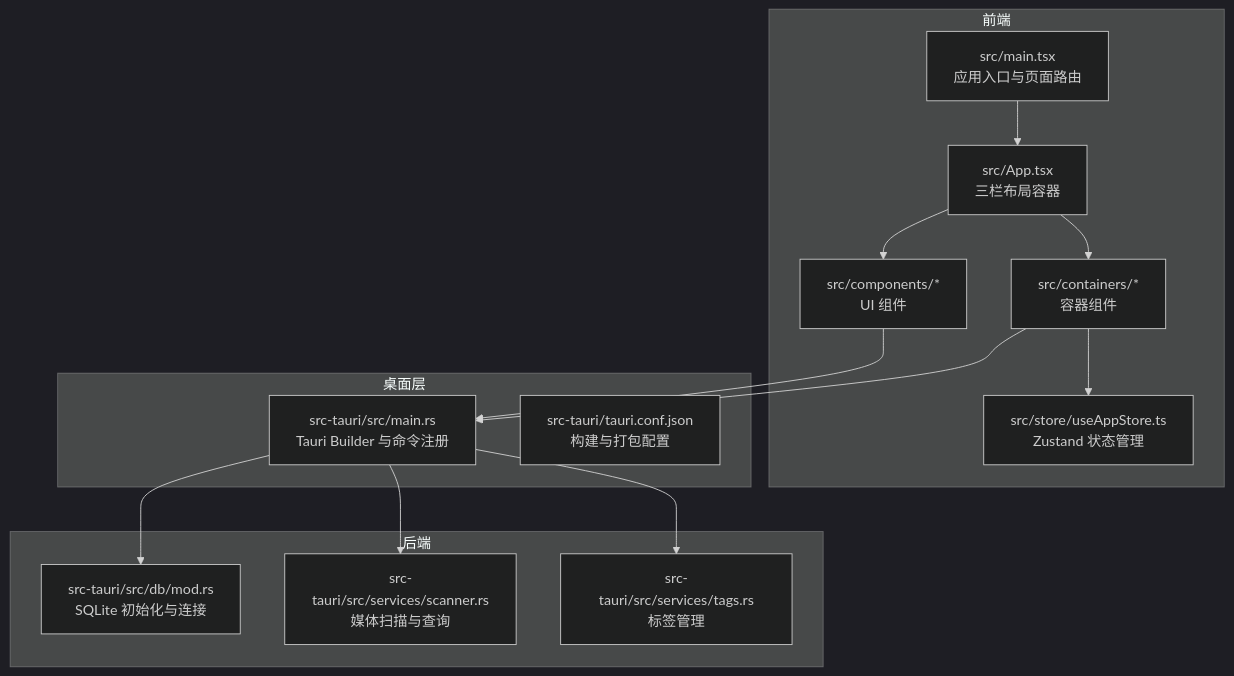
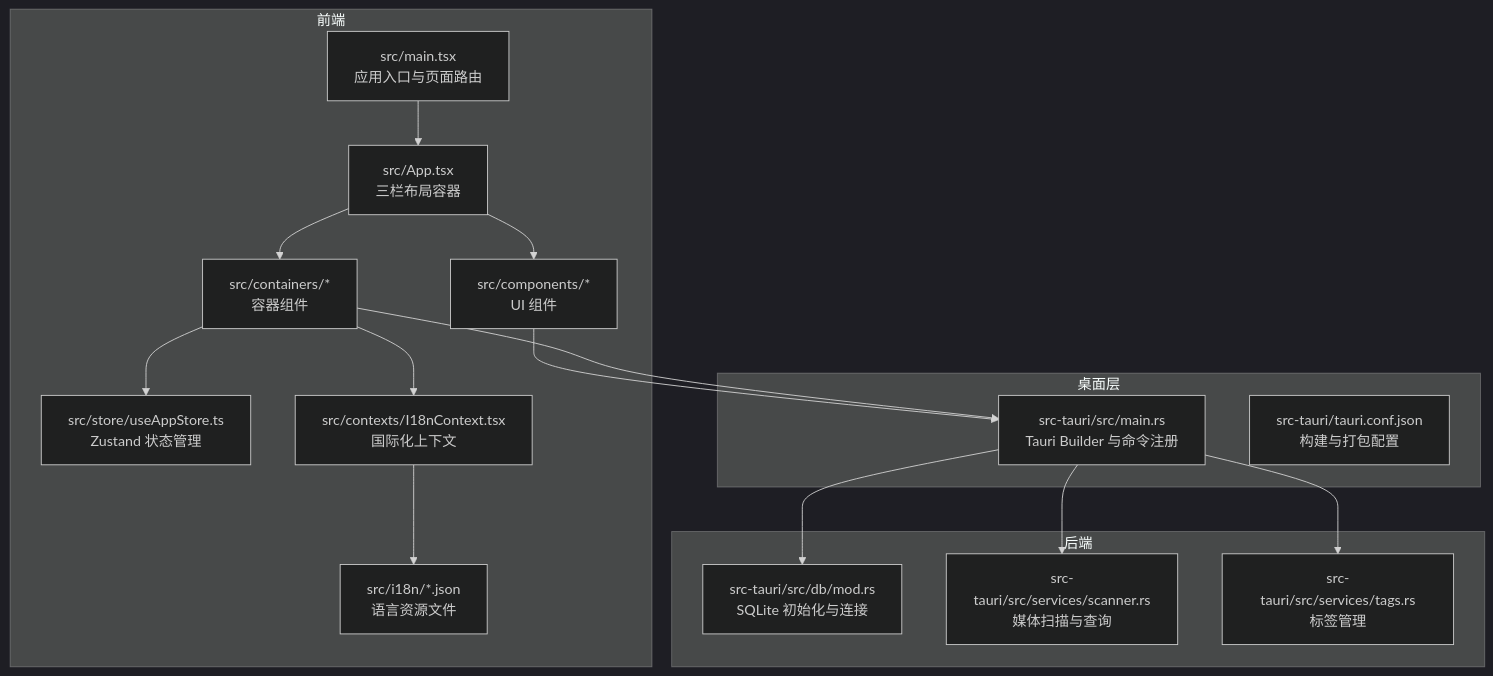
One commit to YLee9527/Medex changed the first of 13 diagrams in doc/repowiki/zh/content/架构设计/架构设计.md. Above: the diagram before and after it, drawn with Mermaid (dark theme). The commit also changed other lines of this file and 31 other files, not shown here.

First line of the commit message:
docs(doc): 添加部署脚本、锁屏功能、发布指南及设置按钮图标文档

````diff
--- a/doc/repowiki/zh/content/架构设计/架构设计.md
+++ b/doc/repowiki/zh/content/架构设计/架构设计.md
@@ -55,28 +60,32 @@
 ```mermaid
 graph TB
 subgraph "前端"
 A["src/main.tsx<br/>应用入口与页面路由"]
 B["src/App.tsx<br/>三栏布局容器"]
 C["src/components/*<br/>UI 组件"]
 D["src/containers/*<br/>容器组件"]
 E["src/store/useAppStore.ts<br/>Zustand 状态管理"]
+F["src/contexts/I18nContext.tsx<br/>国际化上下文"]
+G["src/i18n/*.json<br/>语言资源文件"]
 end
 subgraph "桌面层"
-F["src-tauri/src/main.rs<br/>Tauri Builder 与命令注册"]
-G["src-tauri/tauri.conf.json<br/>构建与打包配置"]
+H["src-tauri/src/main.rs<br/>Tauri Builder 与命令注册"]
+I["src-tauri/tauri.conf.json<br/>构建与打包配置"]
 end
 subgraph "后端"
-H["src-tauri/src/db/mod.rs<br/>SQLite 初始化与连接"]
-I["src-tauri/src/services/scanner.rs<br/>媒体扫描与查询"]
-J["src-tauri/src/services/tags.rs<br/>标签管理"]
+J["src-tauri/src/db/mod.rs<br/>SQLite 初始化与连接"]
+K["src-tauri/src/services/scanner.rs<br/>媒体扫描与查询"]
+L["src-tauri/src/services/tags.rs<br/>标签管理"]
 end
 A --> B
 B --> C
 B --> D
 D --> E
-C --> F
 D --> F
-F --> H
-F --> I
-F --> J
+F --> G
+C --> H
+D --> H
+H --> J
+H --> K
+H --> L
 ```
````
